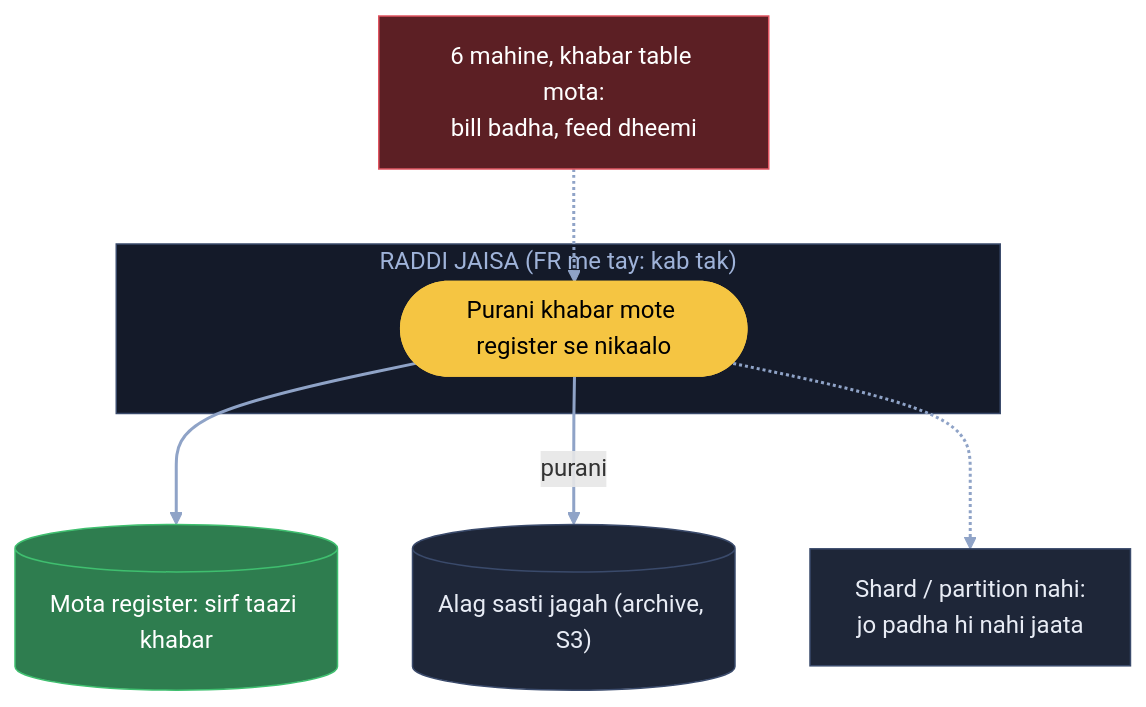
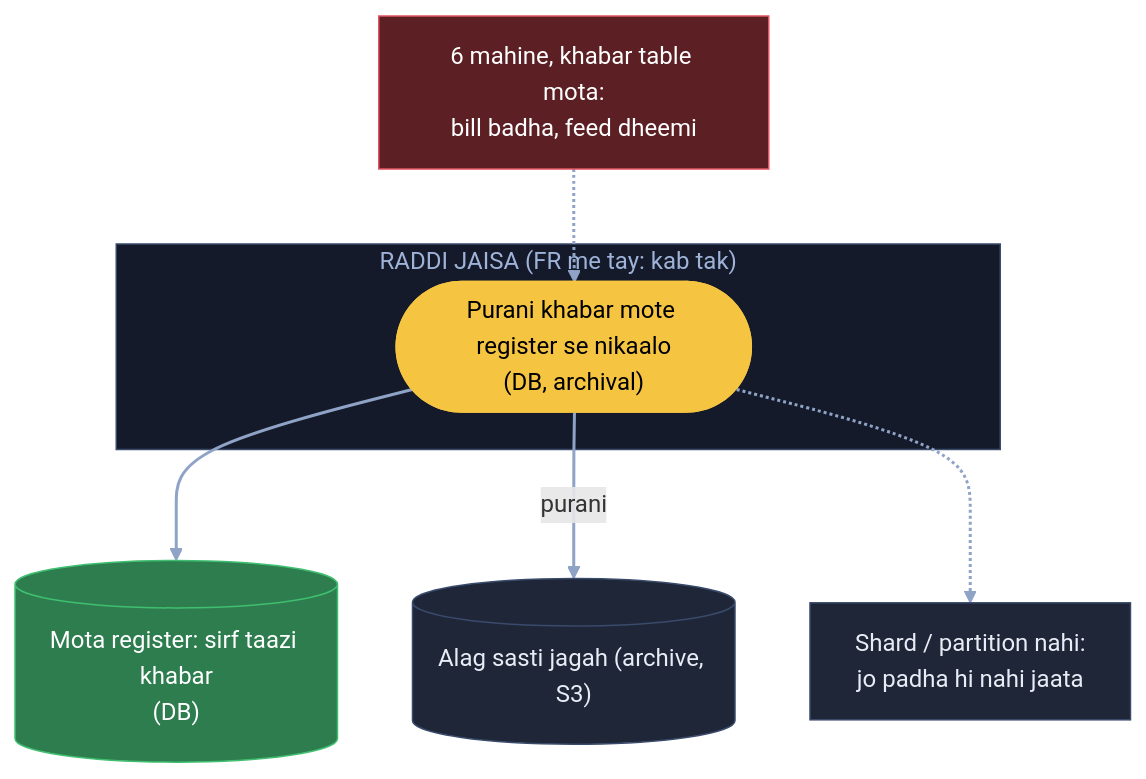
Diagram 12 of 14 in 04_HLD/SYSTEM_DESIGNS/08_news_aggregator/08_news_aggregator.md (ArpanMaheshwari144/Prep), drawn with Mermaid before and after one commit. The commit also changed other lines of this file and 22 other files, not shown here.

Commit message:
Diagram: sirf kahani ke dohraaye shabd pe bracket, us jagah notes wala matlab (207 label)

````diff
--- a/04_HLD/SYSTEM_DESIGNS/08_news_aggregator/08_news_aggregator.md
+++ b/04_HLD/SYSTEM_DESIGNS/08_news_aggregator/08_news_aggregator.md
@@ -424,20 +424,20 @@
 ```mermaid
 flowchart TB
     X["6 mahine, khabar table mota:<br/>bill badha, feed dheemi"]:::bad
     subgraph RD["RADDI JAISA (FR me tay: kab tak)"]
-        K(["Purani khabar mote register se nikaalo"]):::pill
+        K(["Purani khabar mote register se nikaalo<br/>(DB, archival)"]):::pill
     end
-    D[("Mota register: sirf taazi khabar")]:::good
+    D[("Mota register: sirf taazi khabar<br/>(DB)")]:::good
     A[("Alag sasti jagah (archive, S3)")]:::card
     N["Shard / partition nahi:<br/>jo padha hi nahi jaata"]:::card
     X -.-> K
     K --> D
     K -- "purani" --> A
     K -.-> N
     linkStyle default stroke:#8fa3c7,stroke-width:2px
     classDef card fill:#1e2638,stroke:#3a4a6b,color:#e8ecf5
     classDef pill fill:#f5c542,stroke:#f5c542,color:#000
     classDef good fill:#2e7d4f,stroke:#3fbf6f,color:#fff
     classDef bad fill:#5c1f24,stroke:#e05561,color:#fff
     style RD fill:#141a29,stroke:#3a4a6b,color:#9fb3d9
 ```
````
